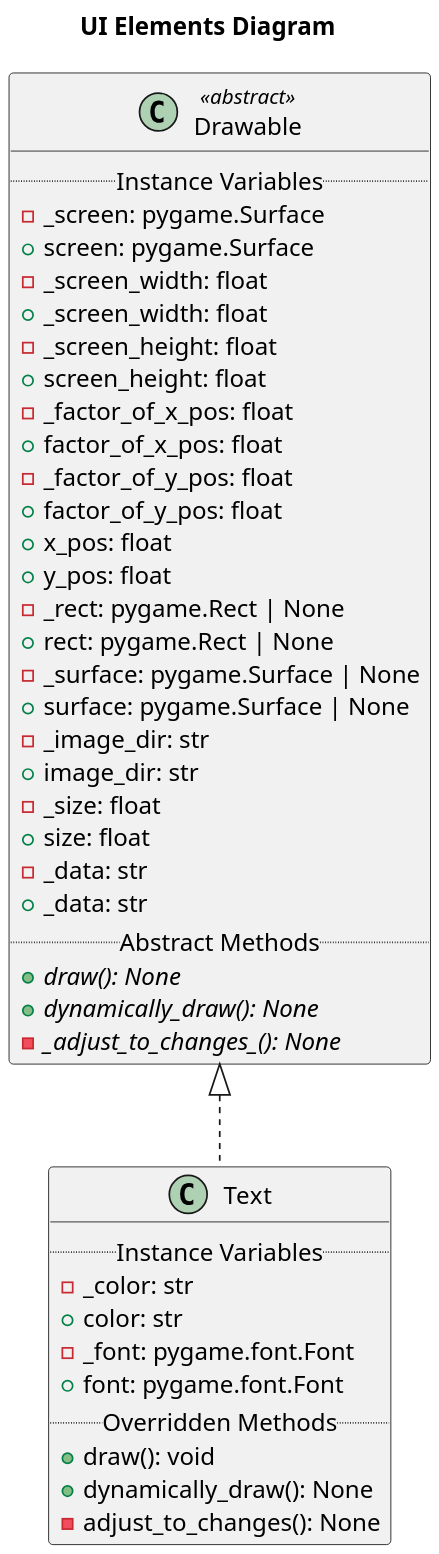
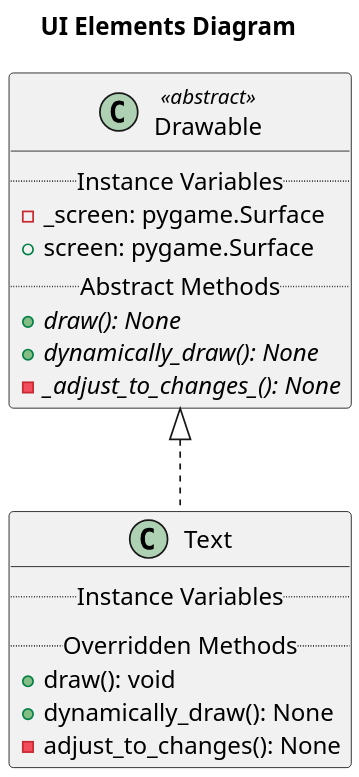
Before and after one commit to kmerickson/OOP-PuzzleMaze: the diagram in Puzzle_Maze/uml/ui_elements/ui_elements_components.plantuml, drawn with PlantUML. The commit also changed 20 other files, not shown here.

Commit message:
added new uml diagrams

```diff
--- a/Puzzle_Maze/uml/ui_elements/ui_elements_components.plantuml
+++ b/Puzzle_Maze/uml/ui_elements/ui_elements_components.plantuml
@@ -1,46 +1,22 @@
 @startuml
 scale 2
 title "UI Elements Diagram"
 class Drawable <<abstract>>{
     .. Instance Variables ..
     - _screen: pygame.Surface
     + screen: pygame.Surface
-    - _screen_width: float
-    + _screen_width: float
-    - _screen_height: float
-    + screen_height: float
-    - _factor_of_x_pos: float
-    + factor_of_x_pos: float
-    - _factor_of_y_pos: float
-    + factor_of_y_pos: float
-    + x_pos: float
-    + y_pos: float
-    - _rect: pygame.Rect | None
-    + rect: pygame.Rect | None
-    - _surface: pygame.Surface | None
-    + surface: pygame.Surface | None
-    - _image_dir: str
-    + image_dir: str
-    - _size: float 
-    + size: float
-    - _data: str
-    + _data: str
     .. Abstract Methods..
     {abstract} + draw(): None
     {abstract}+ dynamically_draw(): None
     {abstract}- _adjust_to_changes_(): None
 }
 
 class Text implements Drawable{
     .. Instance Variables ..
-    - _color: str
-    + color: str
-    - _font: pygame.font.Font
-    + font: pygame.font.Font
     ..Overridden Methods..
     + draw(): void
     + dynamically_draw(): None
     - adjust_to_changes(): None
 }
 
 @enduml
```
